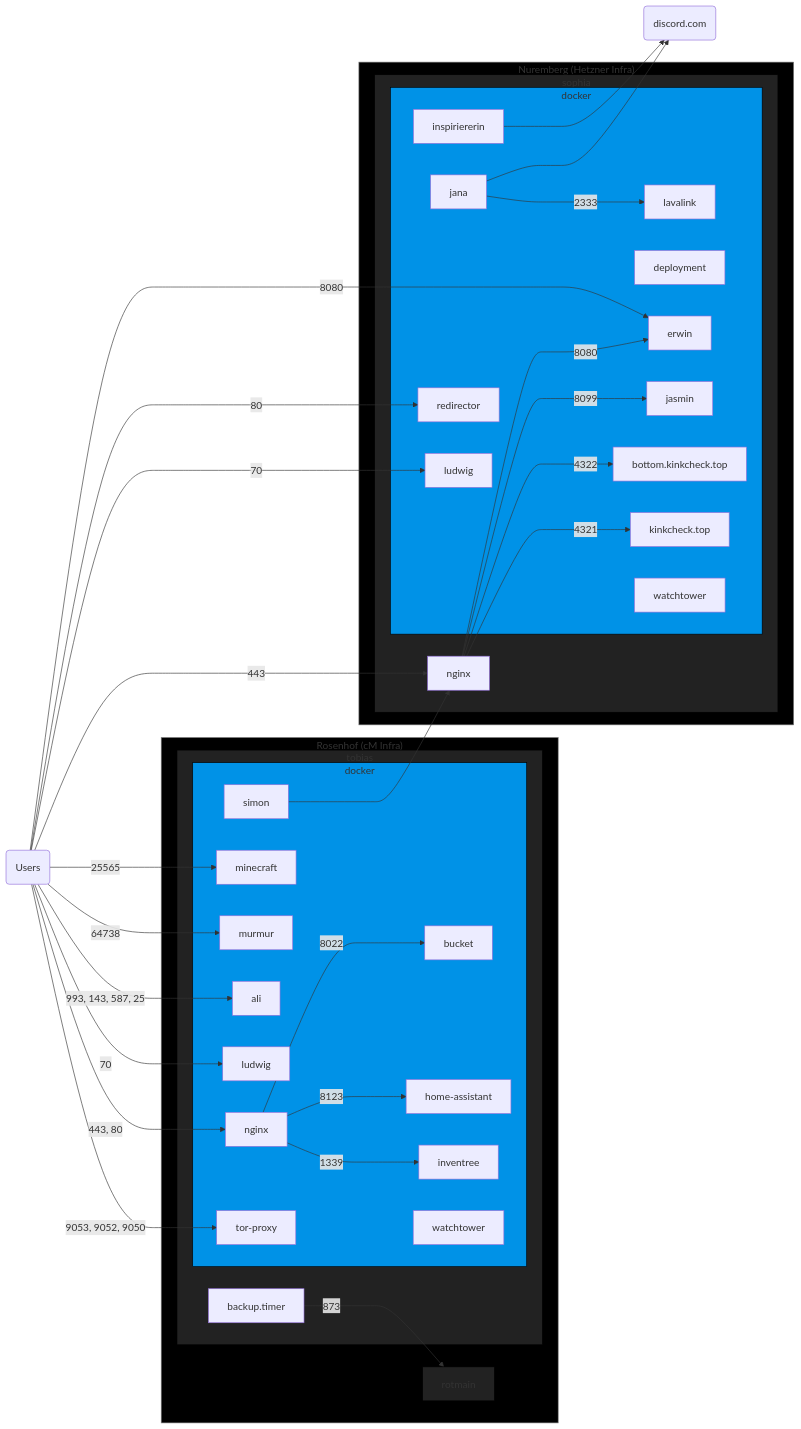
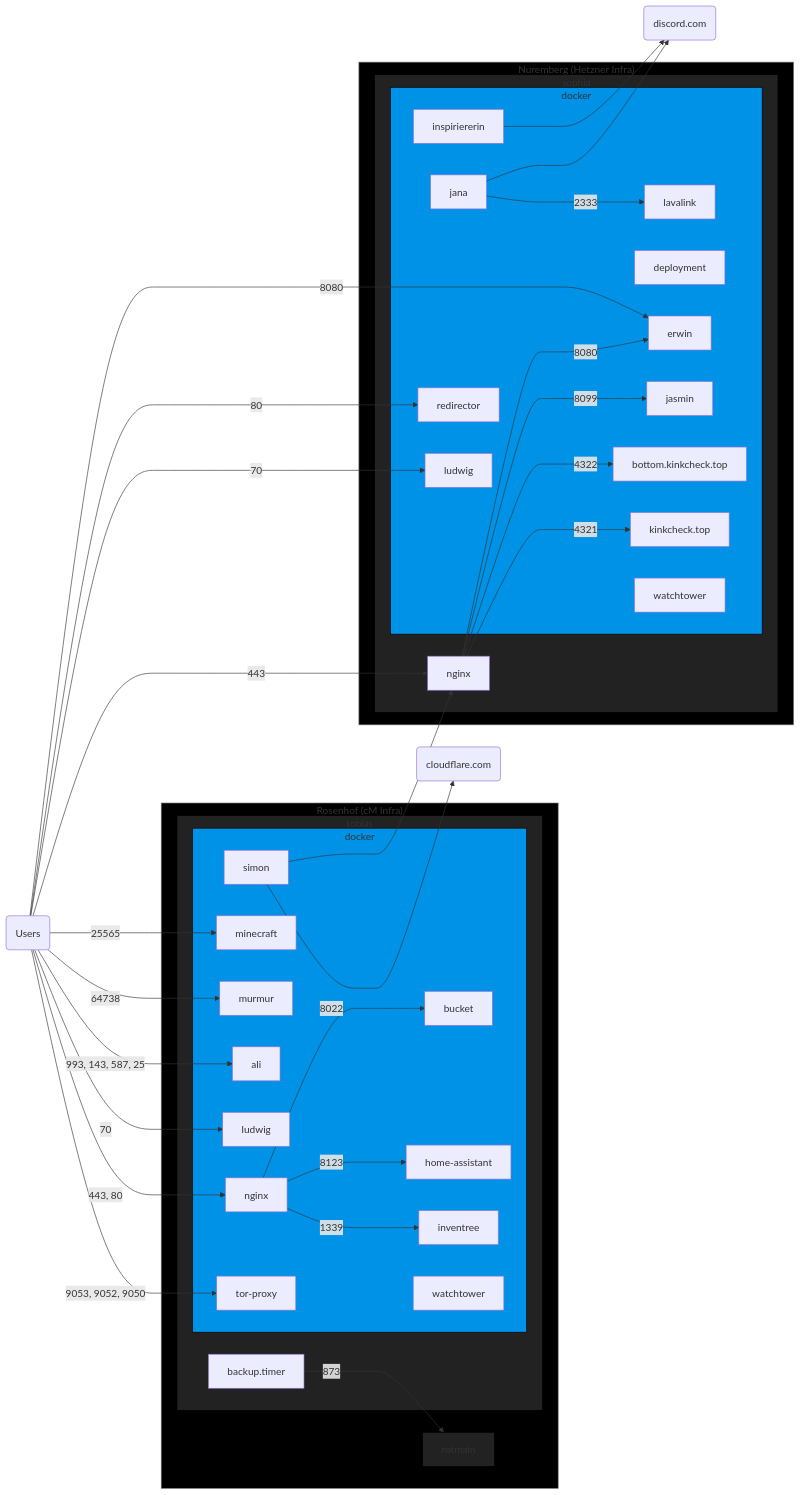
Before and after one commit to chrissxMedia/chrissx.de.conf.sh: the diagram in README.md, drawn with Mermaid.

Commit message:
infra: add cloudflare
it's a crucial external dependency

```diff
--- a/README.md
+++ b/README.md
@@ -57,7 +57,9 @@
   end
 end
 
-simon --> nginxsophia;
+cloudflare(cloudflare.com)
+simon --> cloudflare
+simon --> nginxsophia
 
 internet(Users)
 internet -- "9053, 9052, 9050" --> tor-proxy
```
